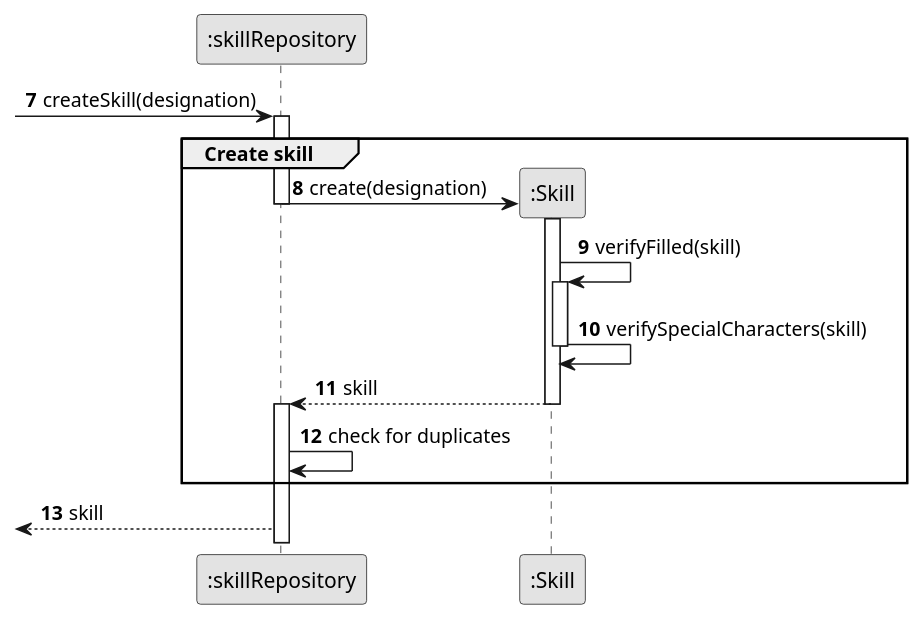
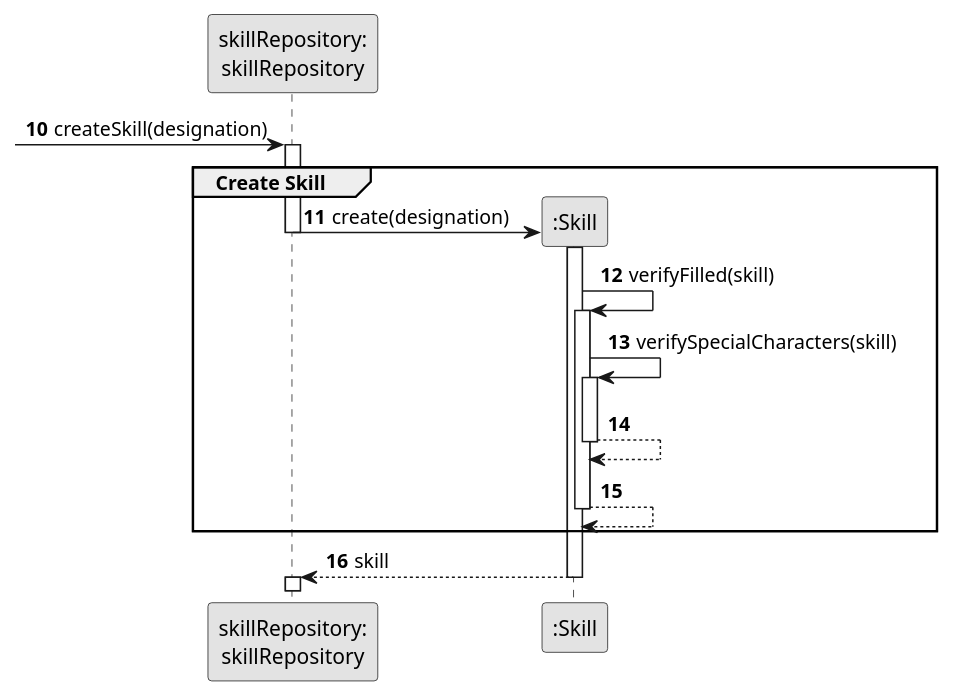
One commit to ricardomm7/leaflink changed the diagram in docs/sprintB/us001/03.design/puml/us001-sequence-diagram-partial-create-skill.puml. Above: the diagram before and after it, drawn with PlantUML. The commit also changed 70 other files, not shown here.

```diff
--- a/docs/sprintB/us001/03.design/puml/us001-sequence-diagram-partial-create-skill.puml
+++ b/docs/sprintB/us001/03.design/puml/us001-sequence-diagram-partial-create-skill.puml
@@ -1,35 +1,32 @@
 @startuml
 skinparam monochrome true
 skinparam packageStyle rectangle
 skinparam shadowing false
 
-autonumber 7
+autonumber 10
 
-
-participant ":skillRepository" as skillRepository
+participant "skillRepository:\nskillRepository" as skillRepository
 participant ":Skill" as Skill
-
 
 -> skillRepository : createSkill(designation)
 activate skillRepository
-    group Create skill
-    skillRepository -> Skill** : create(designation)
+group Create Skill
+    skillRepository-> Skill** : create(designation)
     deactivate skillRepository
-
         activate Skill
 
     Skill -> Skill : verifyFilled(skill)
         activate Skill
         Skill -> Skill : verifySpecialCharacters(skill)
+        activate Skill
+        Skill --> Skill
     deactivate Skill
-
+    Skill --> Skill
+    deactivate Skill
+end
     Skill --> skillRepository : skill
-     deactivate Skill
+    deactivate Skill
     activate skillRepository
 
-    skillRepository -> skillRepository : check for duplicates
-    deactivate Skill
-    end
-    <-- skillRepository : skill
 
 @enduml
```
